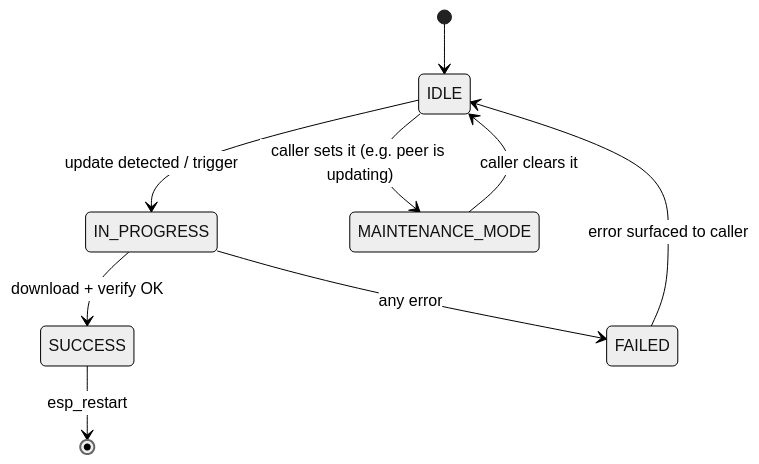
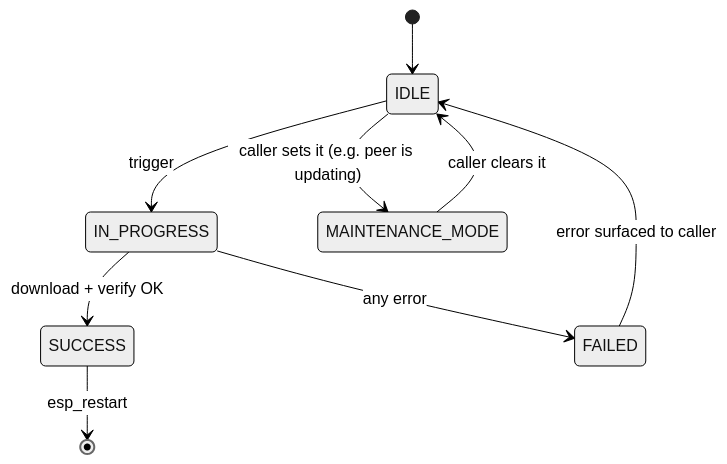
The diagram in packages/components/ota-github/docs/diagrams/state-machine.mmd (laurigates/mcu-tinkering-lab), drawn with Mermaid (neutral theme) before and after one commit. The commit also changed 18 other files, not shown here.

```diff
--- a/packages/components/ota-github/docs/diagrams/state-machine.mmd
+++ b/packages/components/ota-github/docs/diagrams/state-machine.mmd
@@ -1,9 +1,9 @@
 stateDiagram-v2
     [*] --> IDLE
-    IDLE --> IN_PROGRESS : update detected / trigger
+    IDLE --> IN_PROGRESS : trigger
     IN_PROGRESS --> SUCCESS : download + verify OK
     IN_PROGRESS --> FAILED : any error
     SUCCESS --> [*] : esp_restart
     FAILED --> IDLE : error surfaced to caller
     IDLE --> MAINTENANCE_MODE : caller sets it (e.g. peer is updating)
     MAINTENANCE_MODE --> IDLE : caller clears it
```
